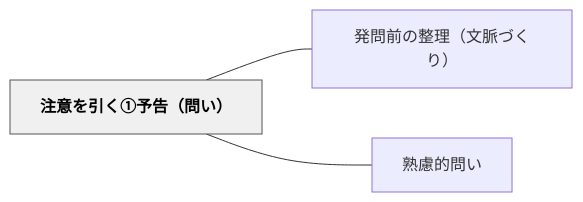
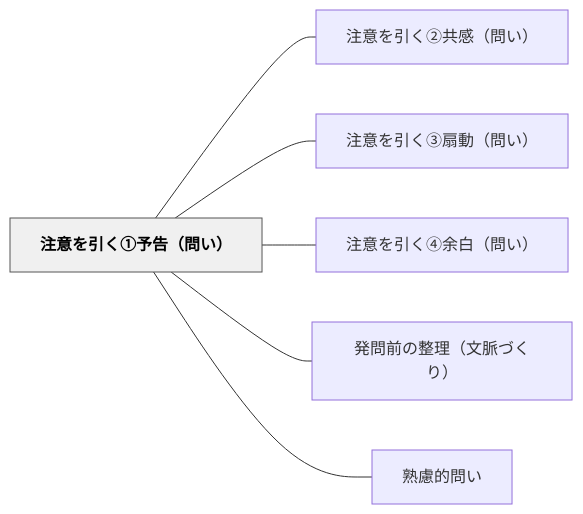
Before and after one commit to unknownthings-ed-patterns/unknownthings-ed-patterns: the diagram in content/パタン/注意を引く①予告（問い）.md, drawn with Mermaid. The commit also changed other lines of this file and 38 other files, not shown here.

````diff
--- a/content/パタン/注意を引く①予告（問い）.md
+++ b/content/パタン/注意を引く①予告（問い）.md
@@ -45,12 +48,18 @@
 ```mermaid
 flowchart LR
     ne6b3a8e6848fe38292e5bc95e3818fe291a0e4ba88e5918aefbc88e5958fe38184efbc89["注意を引く①予告（問い）"]
+    ne6b3a8e6848fe38292e5bc95e3818fe291a1e585b1e6849fefbc88e5958fe38184efbc89["注意を引く②共感（問い）"]
+    ne6b3a8e6848fe38292e5bc95e3818fe291a2e68987e58b95efbc88e5958fe38184efbc89["注意を引く③扇動（問い）"]
+    ne6b3a8e6848fe38292e5bc95e3818fe291a3e4bd99e799bdefbc88e5958fe38184efbc89["注意を引く④余白（問い）"]
     ne799bae5958fe5898de381aee695b4e79086efbc88e69687e88488e381a5e3818fe3828aefbc89["発問前の整理（文脈づくり）"]
     ne7869fe685aee79a84e5958fe38184["熟慮的問い"]
 
+    ne6b3a8e6848fe38292e5bc95e3818fe291a0e4ba88e5918aefbc88e5958fe38184efbc89 --- ne6b3a8e6848fe38292e5bc95e3818fe291a1e585b1e6849fefbc88e5958fe38184efbc89
+    ne6b3a8e6848fe38292e5bc95e3818fe291a0e4ba88e5918aefbc88e5958fe38184efbc89 --- ne6b3a8e6848fe38292e5bc95e3818fe291a2e68987e58b95efbc88e5958fe38184efbc89
+    ne6b3a8e6848fe38292e5bc95e3818fe291a0e4ba88e5918aefbc88e5958fe38184efbc89 --- ne6b3a8e6848fe38292e5bc95e3818fe291a3e4bd99e799bdefbc88e5958fe38184efbc89
     ne6b3a8e6848fe38292e5bc95e3818fe291a0e4ba88e5918aefbc88e5958fe38184efbc89 --- ne799bae5958fe5898de381aee695b4e79086efbc88e69687e88488e381a5e3818fe3828aefbc89
     ne6b3a8e6848fe38292e5bc95e3818fe291a0e4ba88e5918aefbc88e5958fe38184efbc89 --- ne7869fe685aee79a84e5958fe38184
 
     classDef hub fill:#f0f0f0,stroke:#555,color:#000,font-weight:bold
     class ne6b3a8e6848fe38292e5bc95e3818fe291a0e4ba88e5918aefbc88e5958fe38184efbc89 hub
 ```
````
